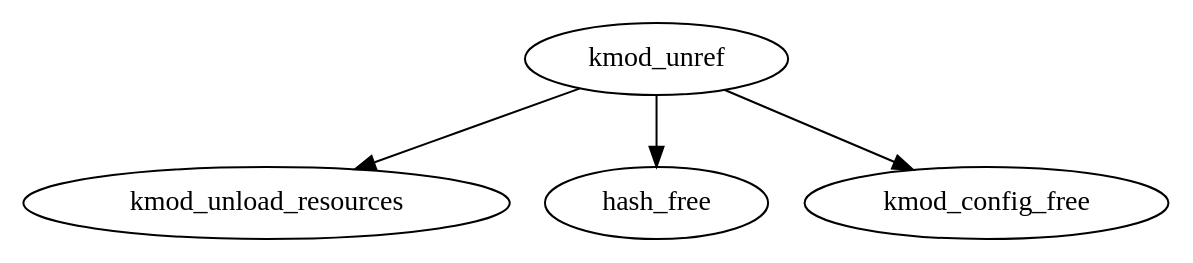
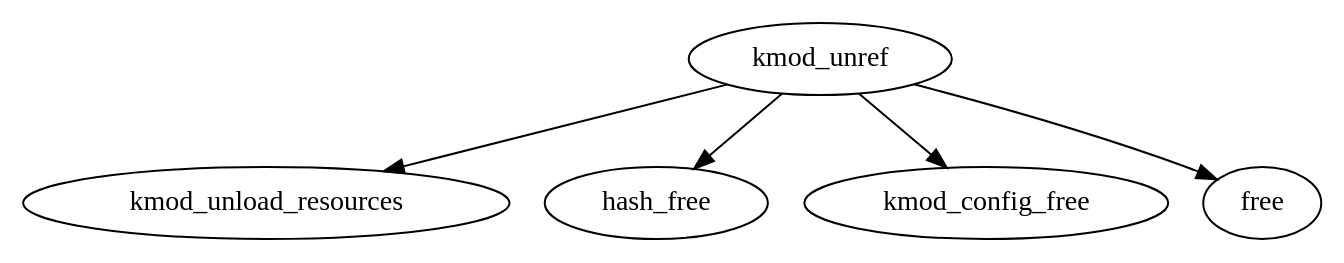
One commit to limingth/comment-subs changed the diagram in pdf/figures/kmod_unref.dot. Above: the diagram before and after it, drawn with Graphviz. The commit also changed 37 other files, not shown here.

```diff
--- a/pdf/figures/kmod_unref.dot
+++ b/pdf/figures/kmod_unref.dot
@@ -1,6 +1,8 @@
 digraph G {
+
 	kmod_unref -> kmod_unload_resources;
 	kmod_unref -> hash_free;
 	kmod_unref -> kmod_config_free;
+	kmod_unref -> free;
 
 }
```
